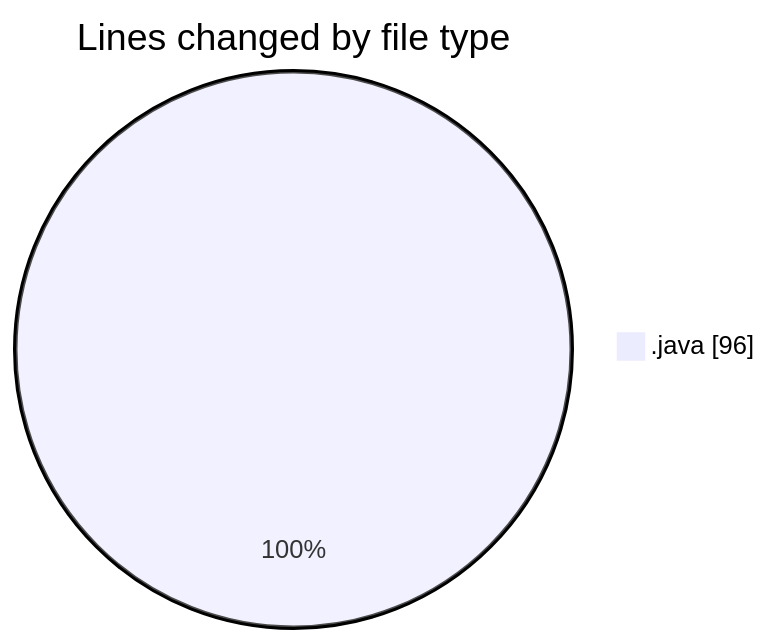
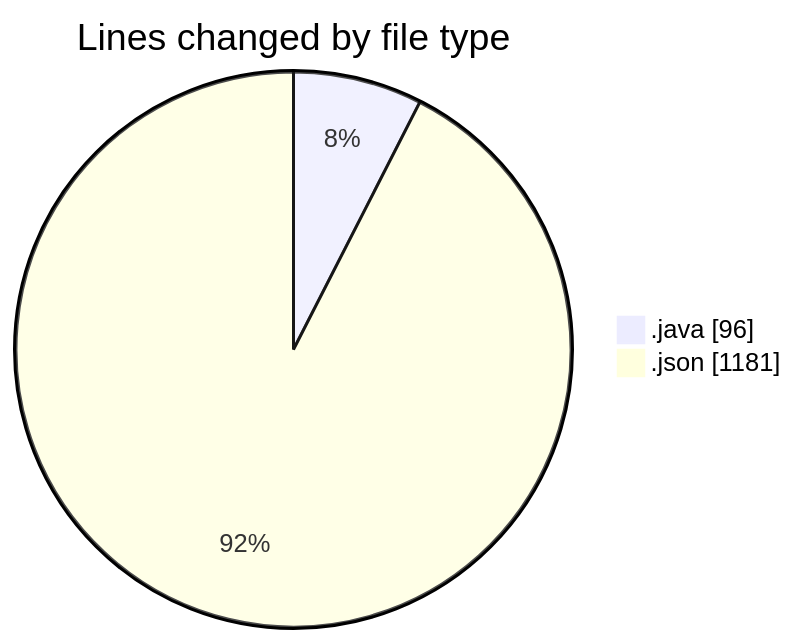
Before and after one commit to ricardozamudiocil/code-tracking: the first of 2 diagrams in 2026-06-18/cilapp/README.md, drawn with Mermaid. The commit also changed other lines of this file and 1 other file, not shown here.

````diff
--- a/2026-06-18/cilapp/README.md
+++ b/2026-06-18/cilapp/README.md
@@ -20,5 +21,6 @@
 ```mermaid
 pie showData
 title Lines changed by file type
 ".java" : 96
+".json" : 1181
 ```
````
